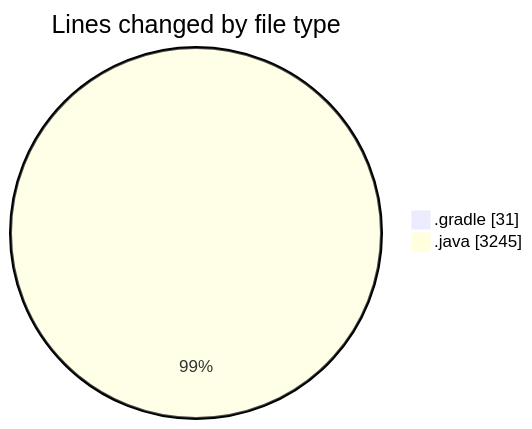
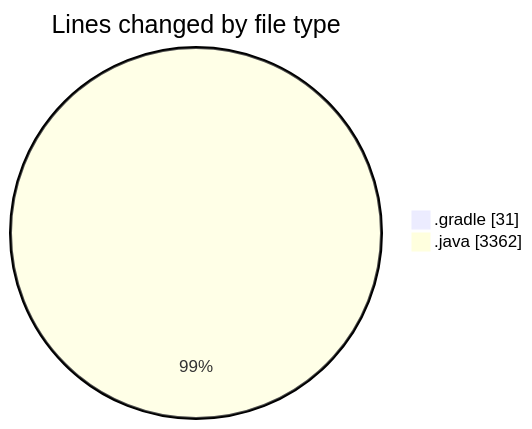
The first of 2 diagrams in 2025-02-21/micros/README.md (charlie-sans/code-tracking), drawn with Mermaid before and after one commit. The commit also changed other lines of this file and 1 other file, not shown here.

````diff
--- a/2025-02-21/micros/README.md
+++ b/2025-02-21/micros/README.md
@@ -35,6 +36,6 @@
 ```mermaid
 pie showData
 title Lines changed by file type
 ".gradle" : 31
-".java" : 3245
+".java" : 3362
 ```
````
